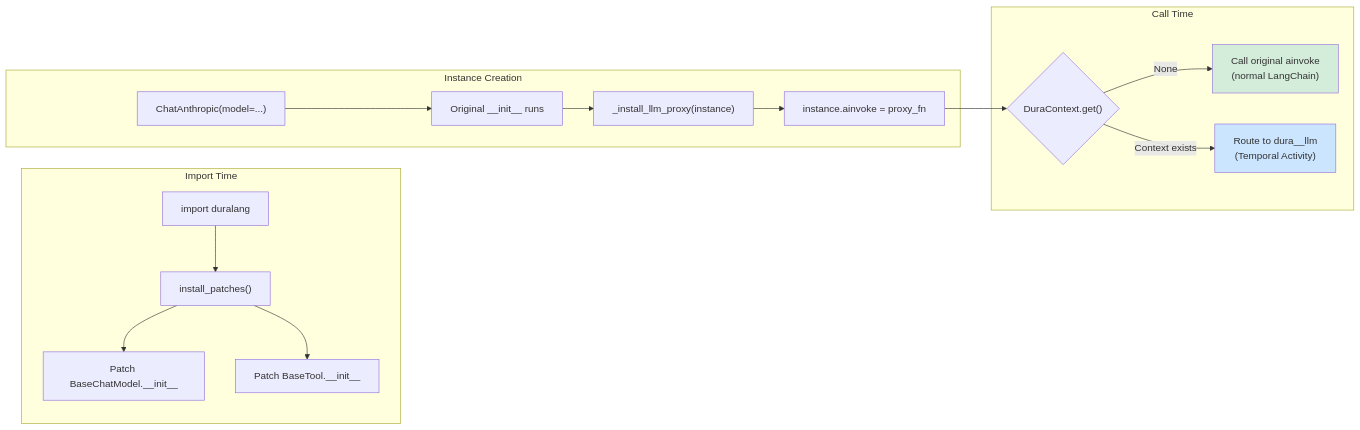
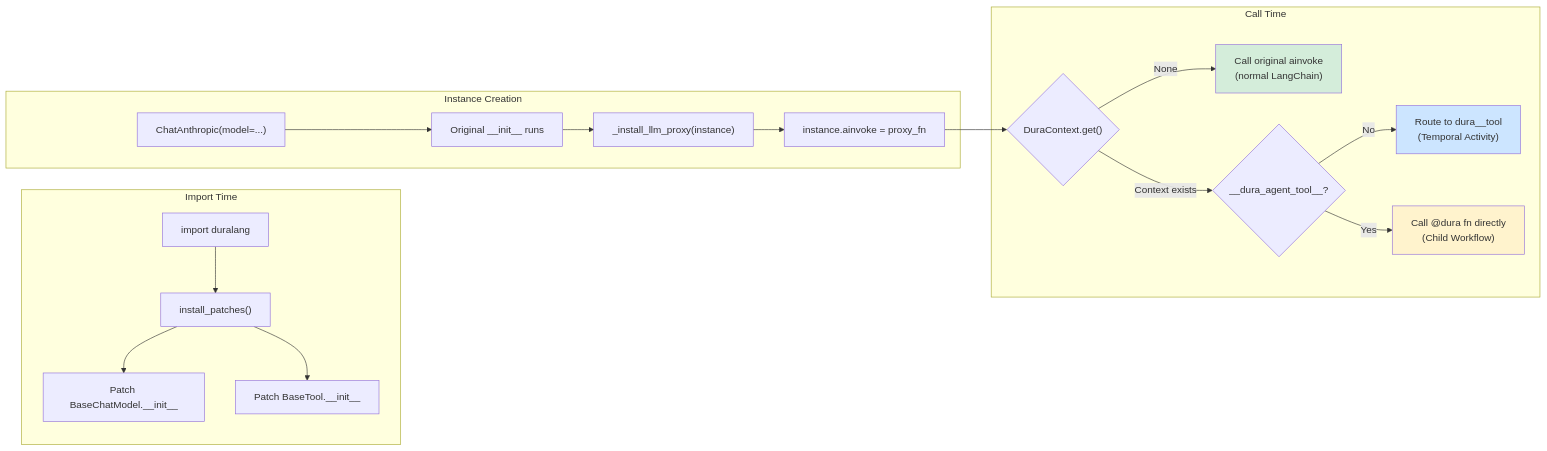
One commit to deepansh-saxena/DuraLang changed the fifth of 8 diagrams in docs/architecture.md. Above: the diagram before and after it, drawn with Mermaid. The commit also changed other lines of this file and 33 other files, not shown here.

````diff
--- a/docs/architecture.md
+++ b/docs/architecture.md
@@ -211,23 +215,26 @@
 ```mermaid
 graph LR
     subgraph "Import Time"
         A["import duralang"] --> B["install_patches()"]
         B --> C["Patch BaseChatModel.__init__"]
         B --> D["Patch BaseTool.__init__"]
     end
 
     subgraph "Instance Creation"
         E["ChatAnthropic(model=...)"] --> F["Original __init__ runs"]
         F --> G["_install_llm_proxy(instance)"]
         G --> H["instance.ainvoke = proxy_fn"]
     end
 
     subgraph "Call Time"
         H --> I{"DuraContext.get()"}
         I -->|"None"| J["Call original ainvoke<br/>(normal LangChain)"]
-        I -->|"Context exists"| K["Route to dura__llm<br/>(Temporal Activity)"]
+        I -->|"Context exists"| K{"__dura_agent_tool__?"}
+        K -->|"No"| L2["Route to dura__tool<br/>(Temporal Activity)"]
+        K -->|"Yes"| M2["Call @dura fn directly<br/>(Child Workflow)"]
     end
 
     style J fill:#d4edda
-    style K fill:#cce5ff
+    style L2 fill:#cce5ff
+    style M2 fill:#fff3cd
 ```
````
